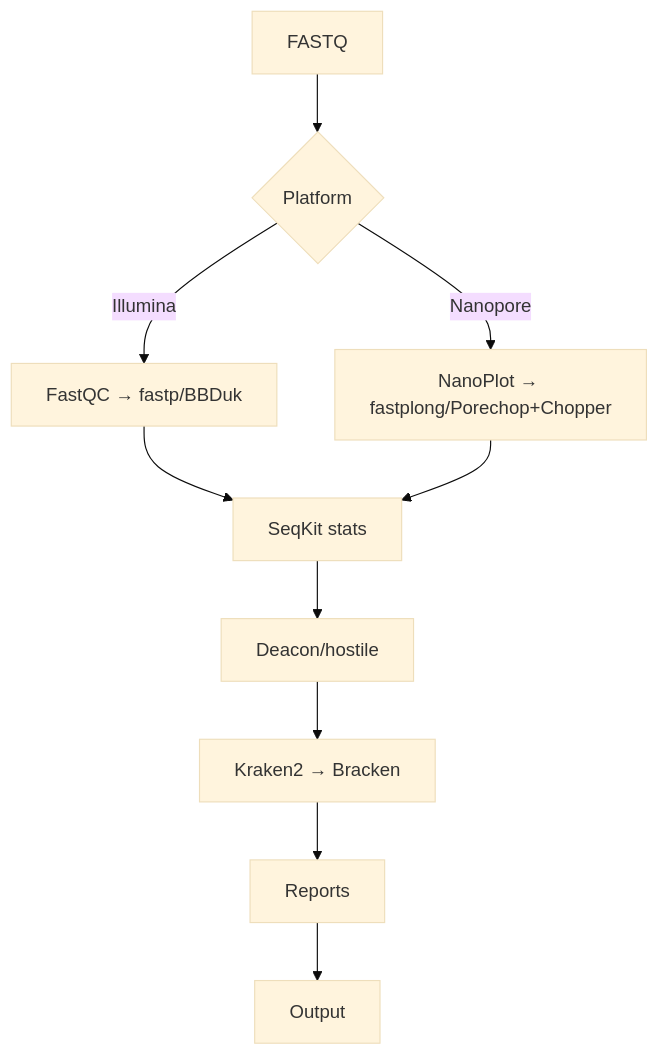
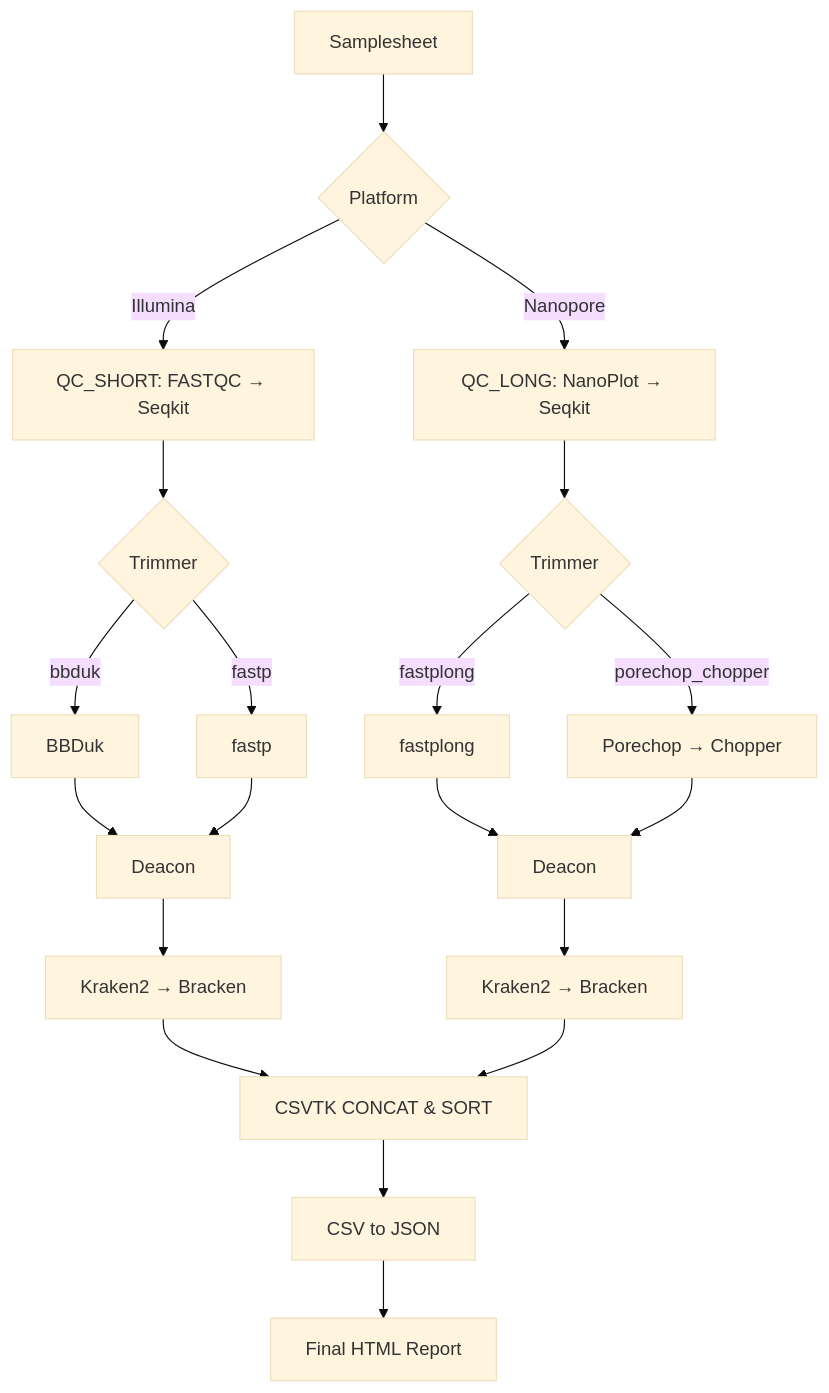
Before and after one commit to provlab-bioinfo/nf-qcflow: the diagram in README.md, drawn with Mermaid (base theme).

Commit message:
Update flowchart in README for QC processes

````diff
--- a/README.md
+++ b/README.md
@@ -12,12 +12,26 @@
 ```mermaid
+
 flowchart TD
-    A[FASTQ] --> B{Platform}
-    B -->|Illumina| C[FastQC → fastp/BBDuk]
-    B -->|Nanopore| D[NanoPlot → fastplong/Porechop+Chopper]
-    C --> E[SeqKit stats]
-    D --> E
-    E --> F[Deacon/hostile]
-    F --> G[Kraken2 → Bracken]
-    G --> H[Reports]
-    H --> I[Output]
+    A[Samplesheet] --> B{Platform}
+    
+    B -->|Illumina| C[QC_SHORT: FASTQC → Seqkit]
+    C --> C2{Trimmer}
+    C2 -->|bbduk| C3A[BBDuk]
+    C2 -->|fastp| C3B[fastp]
+    C3A --> C4[Deacon]
+    C3B --> C4
+    C4 --> C5[Kraken2 → Bracken]
+    
+    B -->|Nanopore| D[QC_LONG: NanoPlot → Seqkit]
+    D --> D2{Trimmer}
+    D2 -->|fastplong| D3A[fastplong]
+    D2 -->|porechop_chopper| D3B[Porechop → Chopper]
+    D3A --> D4[Deacon]
+    D3B --> D4
+    D4 --> D5[Kraken2 → Bracken]
+    
+    C5 --> E[CSVTK CONCAT & SORT]
+    D5 --> E
+    E --> F[CSV to JSON]
+    F --> G[Final HTML Report]
 ```
````
